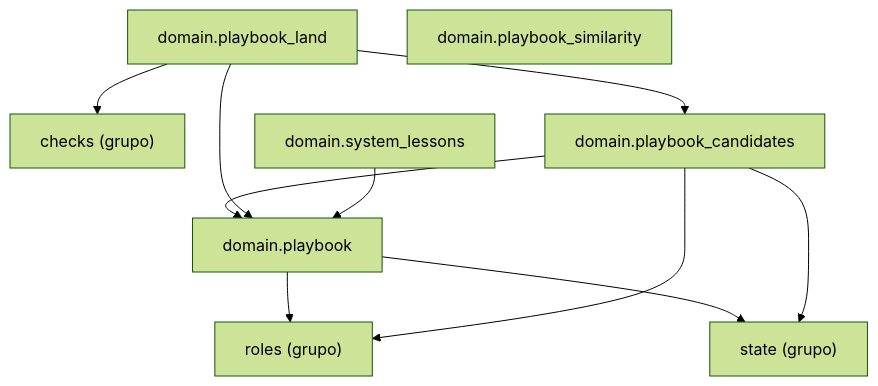
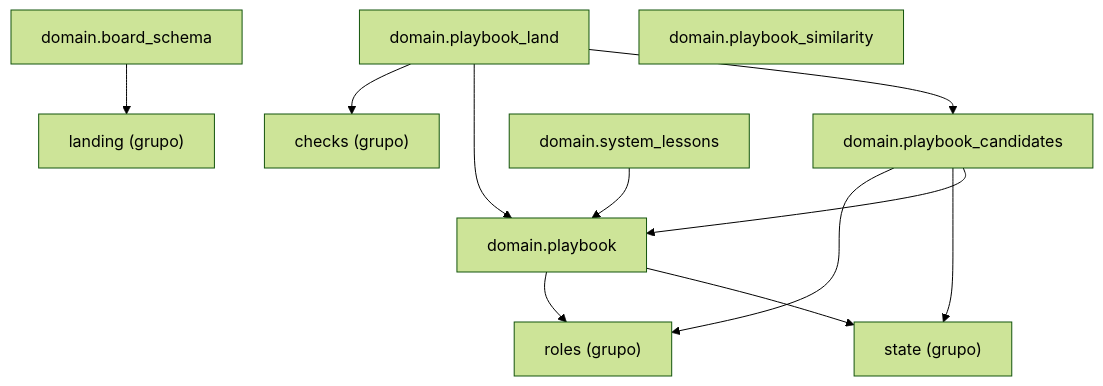
Before and after one commit to GonzaloZevallos/agentic-system: the diagram in docs/architecture/generated/packages-process-domain-playbook.md, drawn with Mermaid (forest theme). The commit also changed other lines of this file and 45 other files, not shown here.

````diff
--- a/docs/architecture/generated/packages-process-domain-playbook.md
+++ b/docs/architecture/generated/packages-process-domain-playbook.md
@@ -14,20 +13,23 @@
 ```mermaid
 graph TD
     g_domain__checks["checks (grupo)"]
+    g_domain__landing["landing (grupo)"]
     g_domain__roles["roles (grupo)"]
     g_domain__state["state (grupo)"]
+    m_domain__board_schema["domain.board_schema"]
     m_domain__playbook["domain.playbook"]
     m_domain__playbook_candidates["domain.playbook_candidates"]
     m_domain__playbook_land["domain.playbook_land"]
     m_domain__playbook_similarity["domain.playbook_similarity"]
     m_domain__system_lessons["domain.system_lessons"]
+    m_domain__board_schema --> g_domain__landing
     m_domain__playbook --> g_domain__roles
     m_domain__playbook --> g_domain__state
     m_domain__playbook_candidates --> g_domain__roles
     m_domain__playbook_candidates --> g_domain__state
     m_domain__playbook_candidates --> m_domain__playbook
     m_domain__playbook_land --> g_domain__checks
     m_domain__playbook_land --> m_domain__playbook
     m_domain__playbook_land --> m_domain__playbook_candidates
     m_domain__system_lessons --> m_domain__playbook
 ```
````
